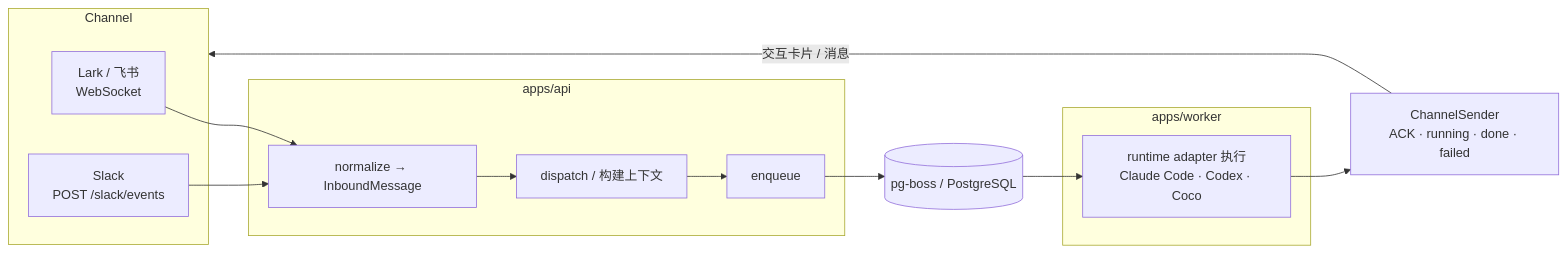
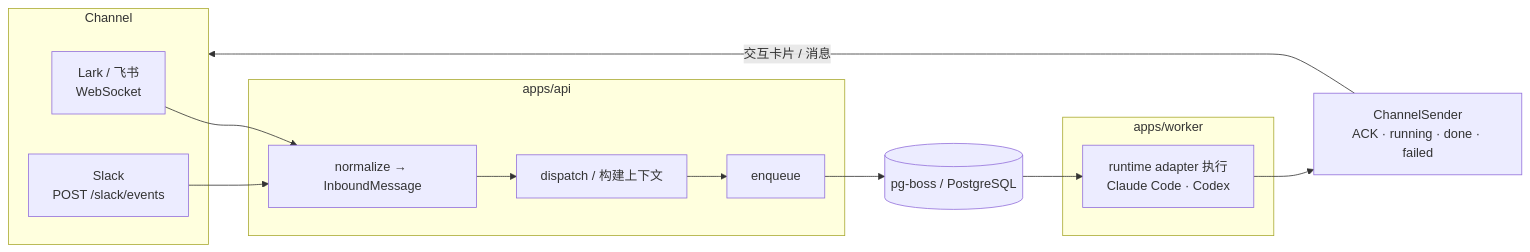
The diagram in README.zh-CN.md (legendtkl/open-claude-tag), drawn with Mermaid before and after one commit. The commit also changed other lines of this file and 56 other files, not shown here.

First line of the commit message:
refactor: remove the coco runtime and the keyword intent classifier

````diff
--- a/README.zh-CN.md
+++ b/README.zh-CN.md
@@ -77,27 +76,27 @@
 ```mermaid
 flowchart LR
   subgraph CH[Channel]
     L[Lark / 飞书<br/>WebSocket]
     S[Slack<br/>POST /slack/events]
   end
 
   subgraph API[apps/api]
     N[normalize → InboundMessage]
     D[dispatch / 构建上下文]
     E[enqueue]
   end
 
   Q[(pg-boss / PostgreSQL)]
 
   subgraph WK[apps/worker]
-    R[runtime adapter 执行<br/>Claude Code · Codex · Coco]
+    R[runtime adapter 执行<br/>Claude Code · Codex]
   end
 
   SND[ChannelSender<br/>ACK · running · done · failed]
 
   L --> N
   S --> N
   N --> D --> E --> Q
   Q --> R --> SND
   SND -->|交互卡片 / 消息| CH
 ```
````
